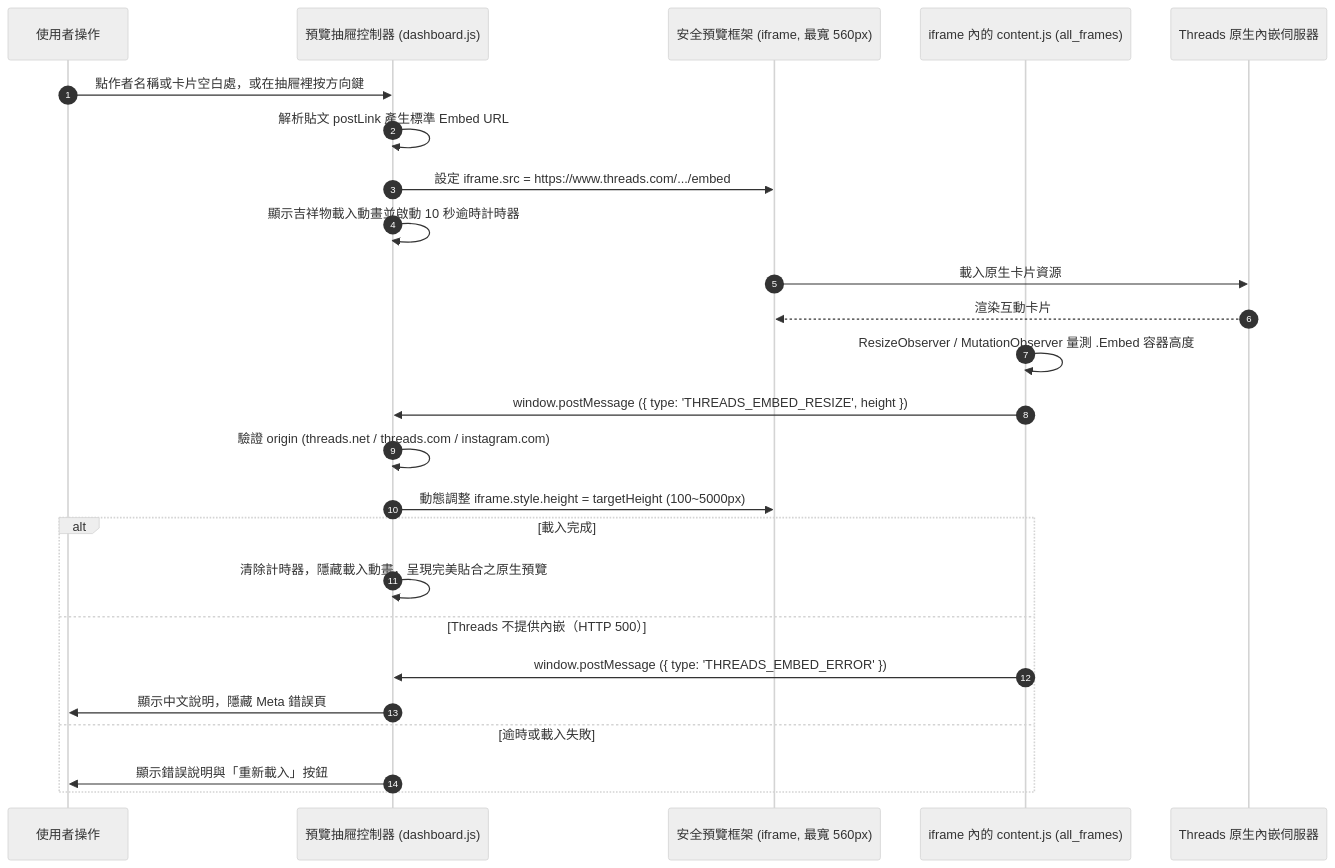
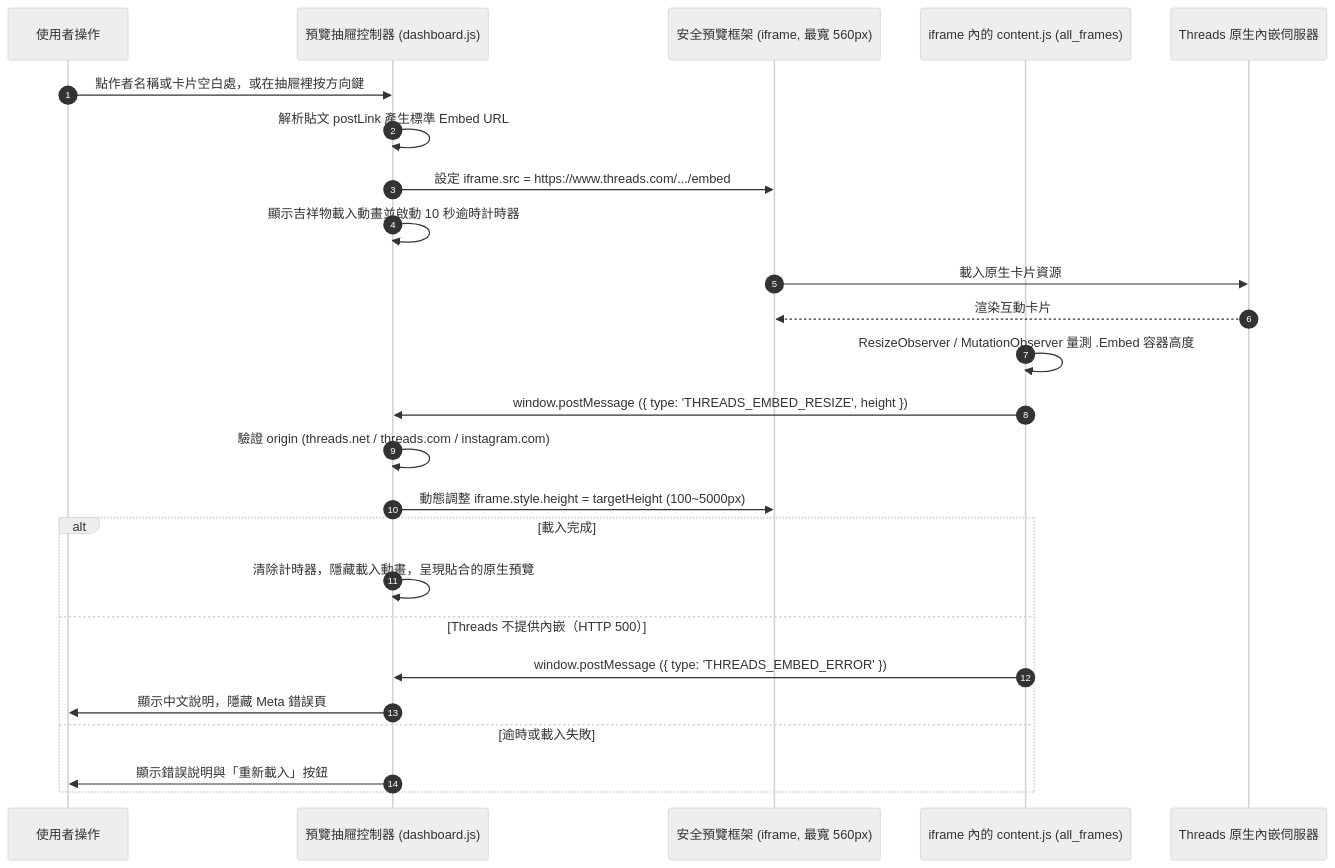
Before and after one commit to Scorpio-meow/Threadkeep: the fifth of 5 diagrams in README.md, drawn with Mermaid (neutral theme). The commit also changed other lines of this file and 9 other files, not shown here.

````diff
--- a/README.md
+++ b/README.md
@@ -443,28 +661,28 @@
 ```mermaid
 sequenceDiagram
     autonumber
     participant User as 使用者操作
     participant Modal as 預覽抽屜控制器 (dashboard.js)
     participant Iframe as 安全預覽框架 (iframe, 最寬 560px)
     participant Content as iframe 內的 content.js (all_frames)
     participant ThreadsEmbed as Threads 原生內嵌伺服器
 
     User->>Modal: 點作者名稱或卡片空白處，或在抽屜裡按方向鍵
     Modal->>Modal: 解析貼文 postLink 產生標準 Embed URL
     Modal->>Iframe: 設定 iframe.src = https://www.threads.com/.../embed
     Modal->>Modal: 顯示吉祥物載入動畫並啟動 10 秒逾時計時器
     Iframe->>ThreadsEmbed: 載入原生卡片資源
     ThreadsEmbed-->>Iframe: 渲染互動卡片
     Content->>Content: ResizeObserver / MutationObserver 量測 .Embed 容器高度
     Content->>Modal: window.postMessage ({ type: 'THREADS_EMBED_RESIZE', height })
     Modal->>Modal: 驗證 origin (threads.net / threads.com / instagram.com)
     Modal->>Iframe: 動態調整 iframe.style.height = targetHeight (100~5000px)
     alt 載入完成
-        Modal->>Modal: 清除計時器，隱藏載入動畫，呈現完美貼合之原生預覽
+        Modal->>Modal: 清除計時器，隱藏載入動畫，呈現貼合的原生預覽
     else Threads 不提供內嵌（HTTP 500）
         Content->>Modal: window.postMessage ({ type: 'THREADS_EMBED_ERROR' })
         Modal->>User: 顯示中文說明，隱藏 Meta 錯誤頁
     else 逾時或載入失敗
         Modal->>User: 顯示錯誤說明與「重新載入」按鈕
     end
 ```
````
